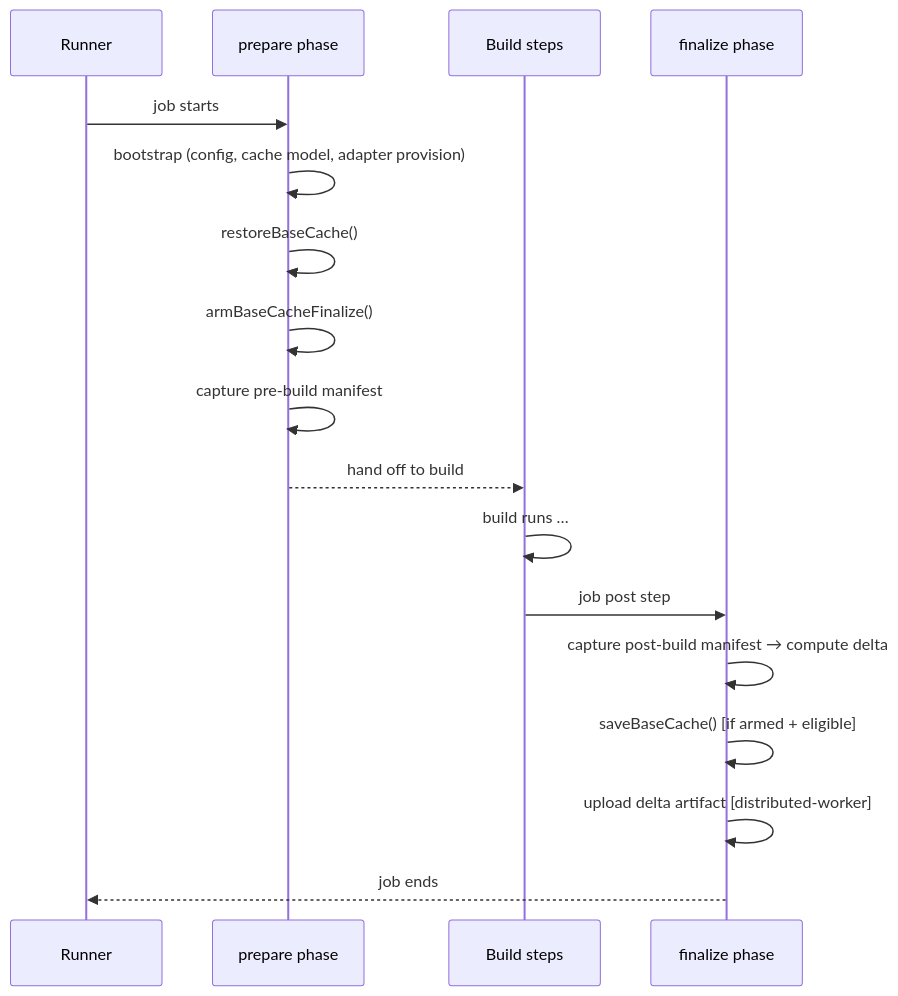
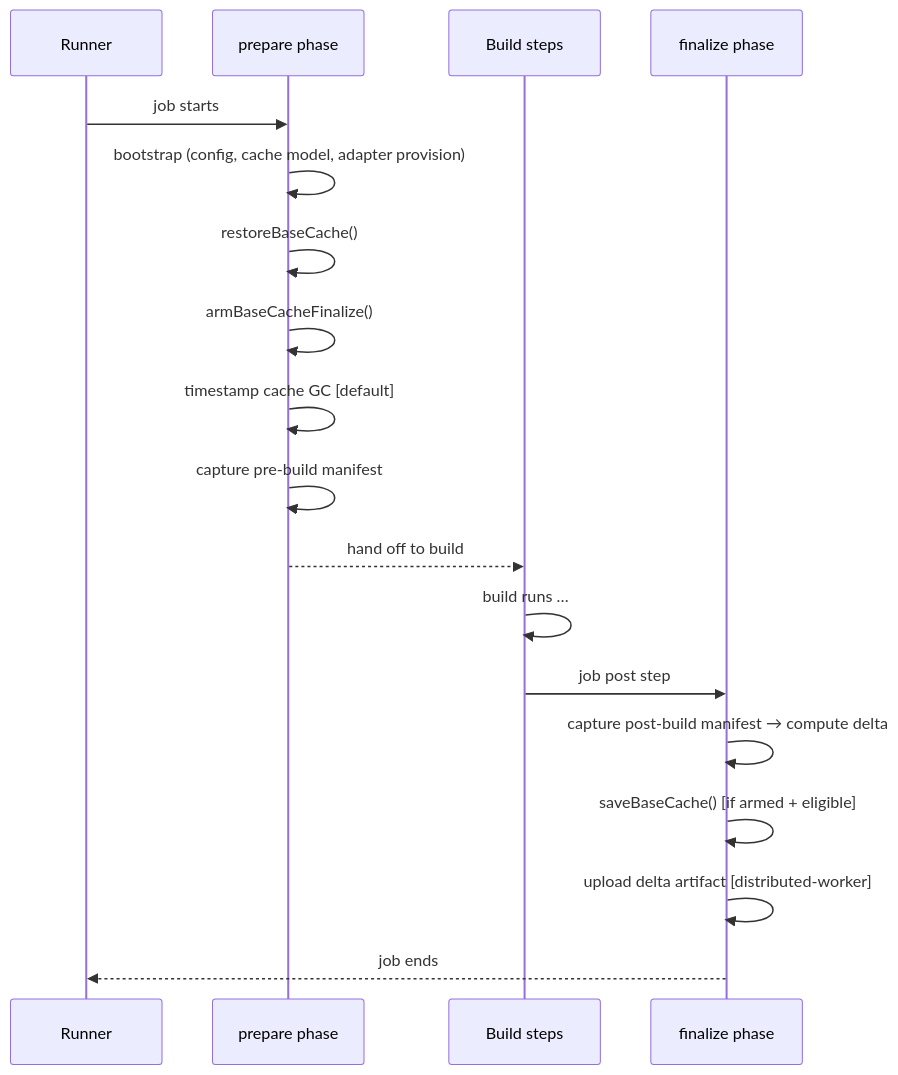
The first of 3 diagrams in docs/architecture/base-cache.md (buildish-tooling/buildish-mammoth-cache), drawn with Mermaid before and after one commit. The commit also changed other lines of this file and 26 other files, not shown here.

Commit message:
Add timestamp cache garbage collection

````diff
--- a/docs/architecture/base-cache.md
+++ b/docs/architecture/base-cache.md
@@ -31,20 +31,21 @@
 ```mermaid
 sequenceDiagram
     participant R as Runner
     participant P as prepare phase
     participant B as Build steps
     participant F as finalize phase
 
     R->>P: job starts
     P->>P: bootstrap (config, cache model, adapter provision)
     P->>P: restoreBaseCache()
     P->>P: armBaseCacheFinalize()
+    P->>P: timestamp cache GC [default]
     P->>P: capture pre-build manifest
     P-->>B: hand off to build
     B->>B: build runs …
     B->>F: job post step
     F->>F: capture post-build manifest → compute delta
     F->>F: saveBaseCache() [if armed + eligible]
     F->>F: upload delta artifact [distributed-worker]
     F-->>R: job ends
 ```
````
